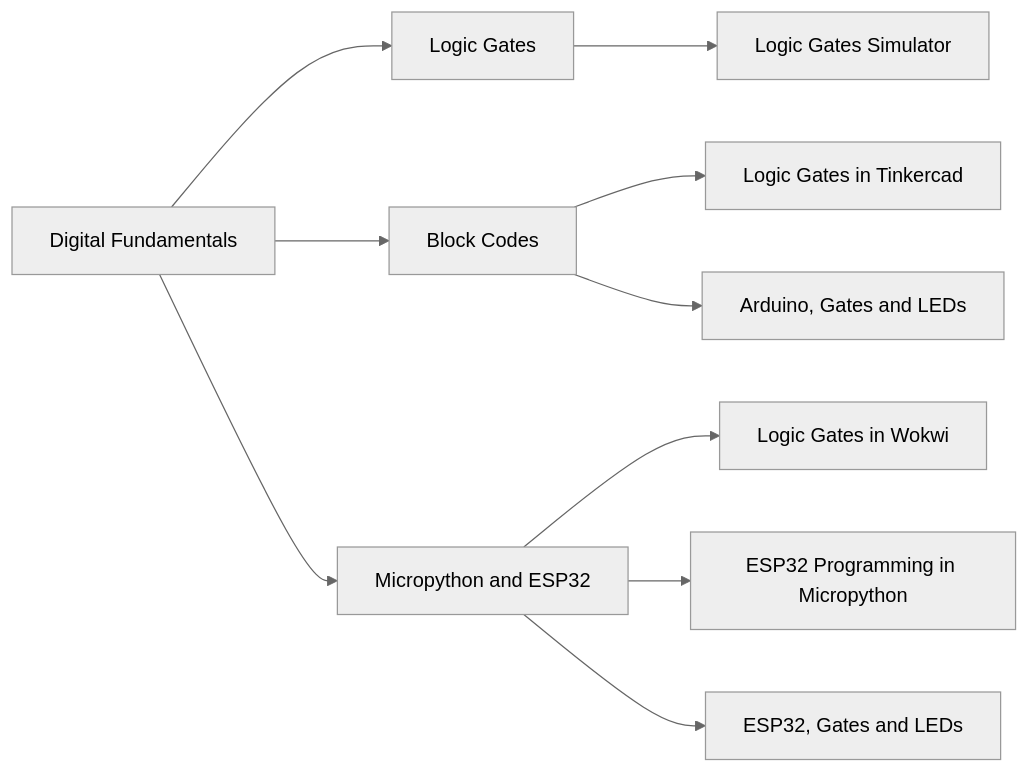
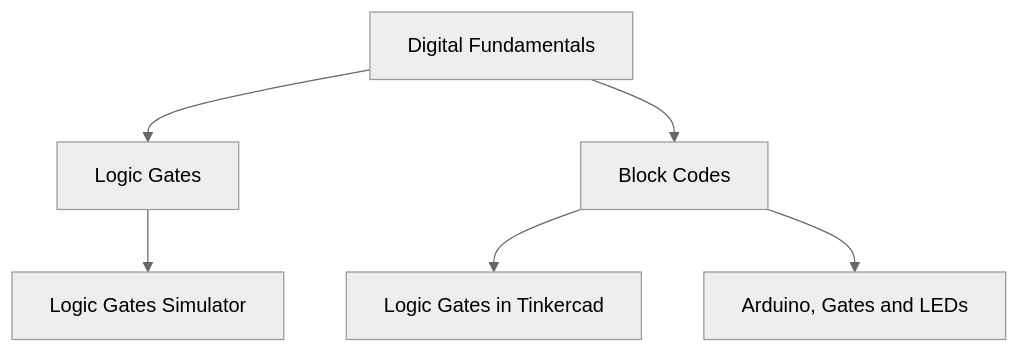
One commit to cyberanima/technotes changed the diagram in ed/L01.md. Above: the diagram before and after it, drawn with Mermaid (neutral theme). The commit also changed other lines of this file and 3 other files, not shown here.

````diff
--- a/ed/L01.md
+++ b/ed/L01.md
@@ -3,12 +3,8 @@
 ```mermaid
-graph LR
+graph TD
   A[Digital Fundamentals] --> B[Logic Gates]
   B --> C1[Logic Gates Simulator]
   A --> C[Block Codes]
   C --> D[Logic Gates in Tinkercad]
   C --> E[Arduino, Gates and LEDs]
-  A --> F[Micropython and ESP32]
-  F --> G[Logic Gates in Wokwi]
-  F --> H[ESP32 Programming in Micropython]
-  F --> I[ESP32, Gates and LEDs]
 ```
````
